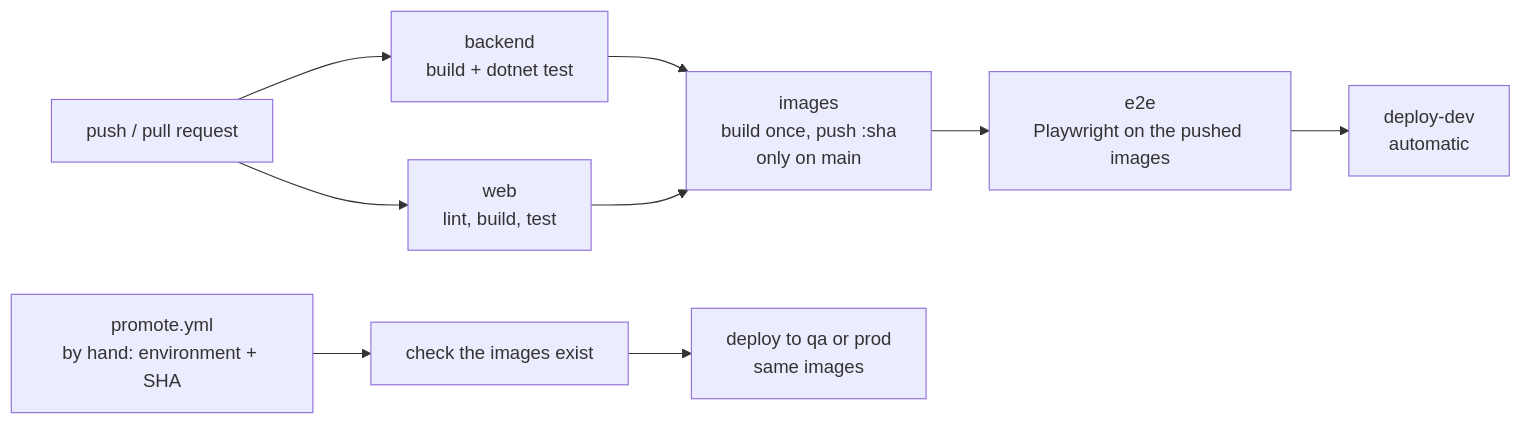
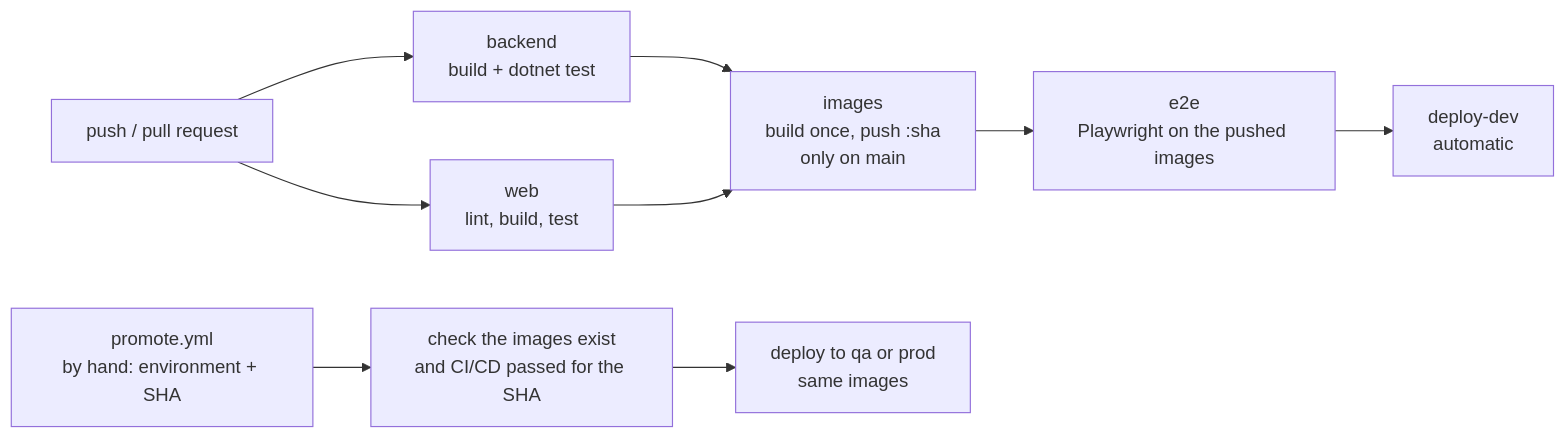
Before and after one commit to bratsale/gridwise: the diagram in docs/deployment.md, drawn with Mermaid. The commit also changed other lines of this file and 2 other files, not shown here.

Commit message:
ci(promote): allow promoting only commits whose full CI run passed

````diff
--- a/docs/deployment.md
+++ b/docs/deployment.md
@@ -8,11 +8,11 @@
 ```mermaid
 flowchart LR
   push[push / pull request] --> backend[backend<br/>build + dotnet test]
   push --> web[web<br/>lint, build, test]
   backend --> images
   web --> images
   images[images<br/>build once, push :sha<br/>only on main] --> e2e[e2e<br/>Playwright on the pushed images]
   e2e --> dev[deploy-dev<br/>automatic]
-  manual[promote.yml<br/>by hand: environment + SHA] --> check[check the images exist]
+  manual[promote.yml<br/>by hand: environment + SHA] --> check[check the images exist<br/>and CI/CD passed for the SHA]
   check --> target[deploy to qa or prod<br/>same images]
 ```
````
